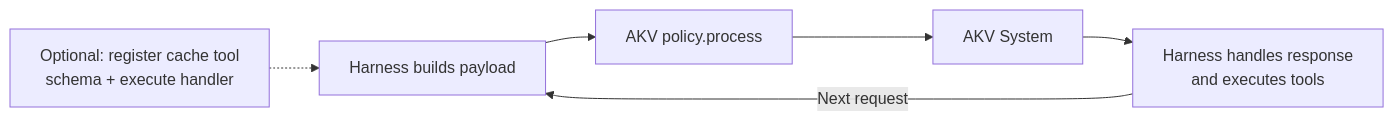
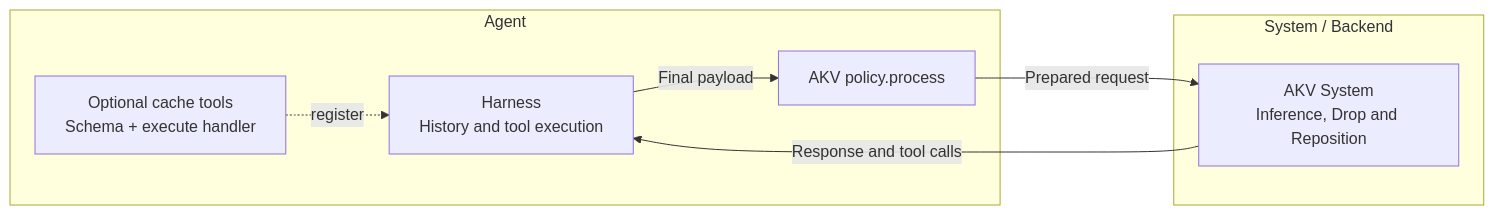
Before and after one commit to TrishamBP/AKV: the diagram in README.md, drawn with Mermaid.

Commit message:
[minor] update workflow diagram

````diff
--- a/README.md
+++ b/README.md
@@ -191,12 +191,18 @@
 ```mermaid
 flowchart LR
-    register["Optional: register cache tool<br/>schema + execute handler"]
-    payload["Harness builds payload"]
-    policy["AKV policy.process"]
-    system["AKV System"]
-    response["Harness handles response<br/>and executes tools"]
+    subgraph agent["Agent"]
+        tools["Optional cache tools<br/>Schema + execute handler"]
+        harness["Harness<br/>History and tool execution"]
+        policy["AKV policy.process"]
 
-    register -.-> payload
-    payload --> policy --> system --> response
-    response -->|Next request| payload
+        tools -. register .-> harness
+        harness -->|Final payload| policy
+    end
+
+    subgraph system["System / Backend"]
+        backend["AKV System<br/>Inference, Drop and Reposition"]
+    end
+
+    policy -->|Prepared request| backend
+    backend -->|Response and tool calls| harness
 ```
````
